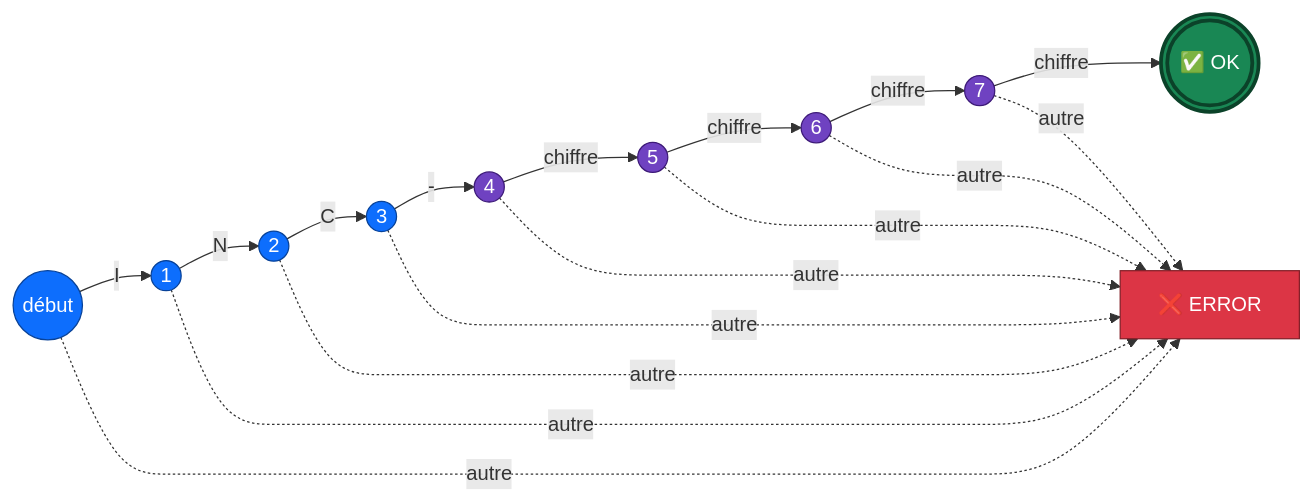
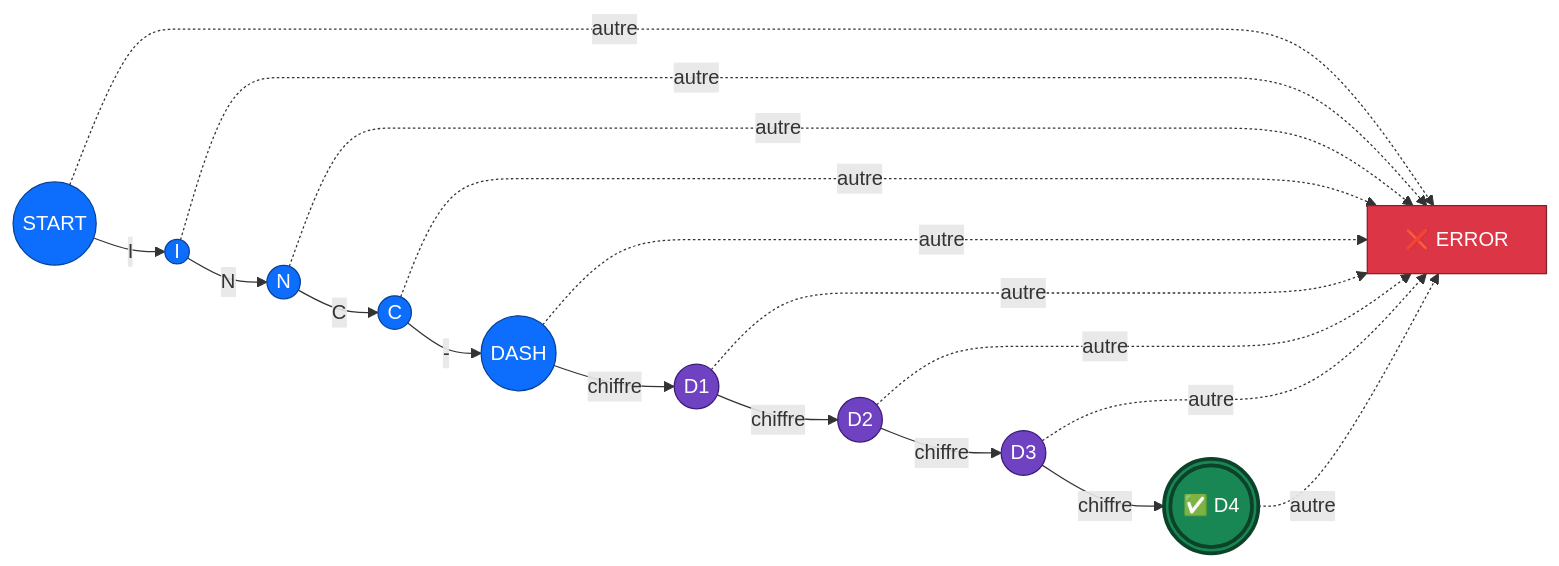
The fourth of 4 diagrams in S04/README.md (hajjiBel/docaposte_python), drawn with Mermaid before and after one commit. The commit also changed other lines of this file and 3 other files, not shown here.

````diff
--- a/S04/README.md
+++ b/S04/README.md
@@ -74,11 +169,11 @@
 ```mermaid
 flowchart LR
-    S0(("début")):::st --> |I| S1((1)):::st --> |N| S2((2)):::st --> |C| S3((3)):::st --> |"-"| D0((4)):::dg
-    D0 --> |chiffre| D1((5)):::dg --> |chiffre| D2((6)):::dg --> |chiffre| D3((7)):::dg --> |chiffre| OK((("✅ OK"))):::ok
-    S0 & S1 & S2 & S3 & D0 & D1 & D2 & D3 -.-> |autre| ER["❌ ERROR"]:::err
+    S0(("START")):::st --> |I| S1(("I")):::st --> |N| S2(("N")):::st --> |C| S3(("C")):::st --> |"-"| DA(("DASH")):::st
+    DA --> |chiffre| D1(("D1")):::dg --> |chiffre| D2(("D2")):::dg --> |chiffre| D3(("D3")):::dg --> |chiffre| D4((("✅ D4"))):::ok
+    S0 & S1 & S2 & S3 & DA & D1 & D2 & D3 & D4 -.-> |autre| ER["❌ ERROR"]:::err
 
     classDef st fill:#0d6efd,color:#fff,stroke:#084298
     classDef dg fill:#6f42c1,color:#fff,stroke:#3d1a78
     classDef ok fill:#198754,color:#fff,stroke:#0b4229,stroke-width:3px
     classDef err fill:#dc3545,color:#fff,stroke:#842029
 ```
````
